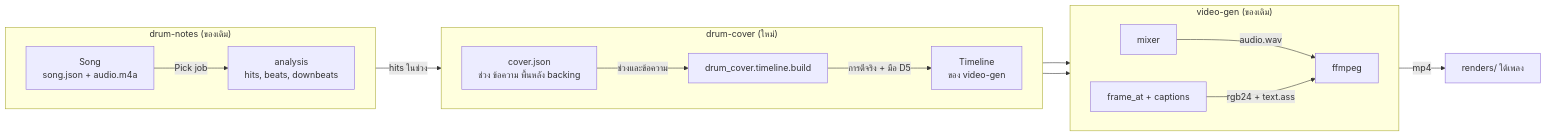
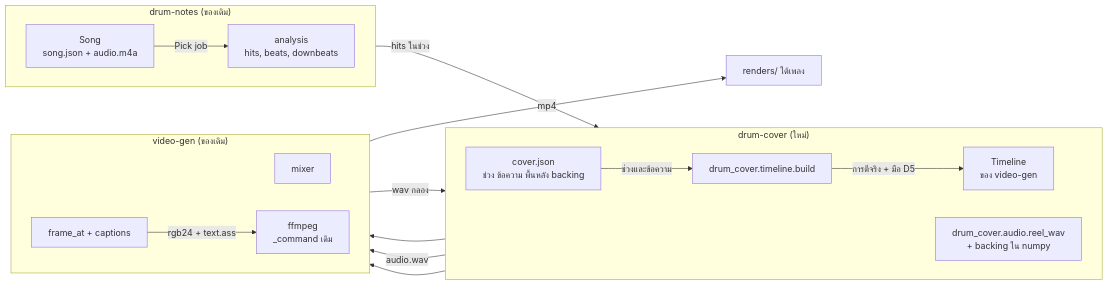
One commit to mousemouse094526/framecraft changed the first of 3 diagrams in docs/features/drum-cover/flow.md. Above: the diagram before and after it, drawn with Mermaid. The commit also changed other lines of this file and 14 other files, not shown here.

Commit message:
docs(drum-cover): red team, ADR 0050–0053, approve and cut tickets 01–02

````diff
--- a/docs/features/drum-cover/flow.md
+++ b/docs/features/drum-cover/flow.md
@@ -12,24 +12,28 @@
 ```mermaid
 flowchart LR
   subgraph notes["drum-notes (ของเดิม)"]
     direction LR
     Song["Song<br/>song.json + audio.m4a"] -->|Pick job| Analysis["analysis<br/>hits, beats, downbeats"]
   end
   subgraph cover["drum-cover (ใหม่)"]
     direction LR
     Cover["cover.json<br/>ช่วง ข้อความ พื้นหลัง backing"]
     Build["drum_cover.timeline.build"]
+    Wav["drum_cover.audio.reel_wav<br/>+ backing ใน numpy"]
     Timeline["Timeline<br/>ของ video-gen"]
     Cover -->|ช่วงและข้อความ| Build
     Build -->|การตีจริง + มือ D5| Timeline
   end
   subgraph gen["video-gen (ของเดิม)"]
     direction LR
-    Mixer["mixer"] -->|audio.wav| FF["ffmpeg"]
+    Mixer["mixer"]
+    FF["ffmpeg<br/>_command เดิม"]
     Frames["frame_at + captions"] -->|rgb24 + text.ass| FF
   end
   Analysis -->|hits ในช่วง| Build
   Timeline --> Mixer
+  Mixer -->|wav กลอง| Wav
+  Wav -->|audio.wav| FF
   Timeline --> Frames
   FF -->|mp4| Renders["renders/ ใต้เพลง"]
 ```
````
